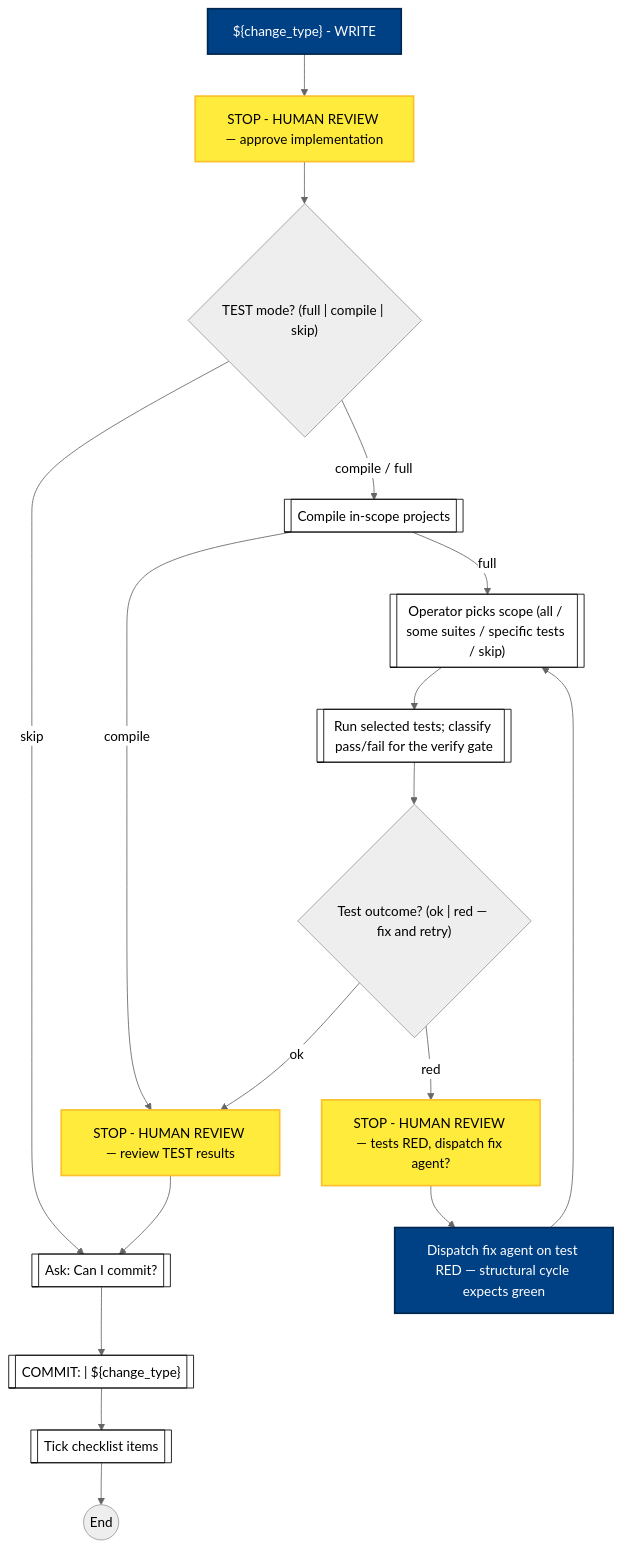
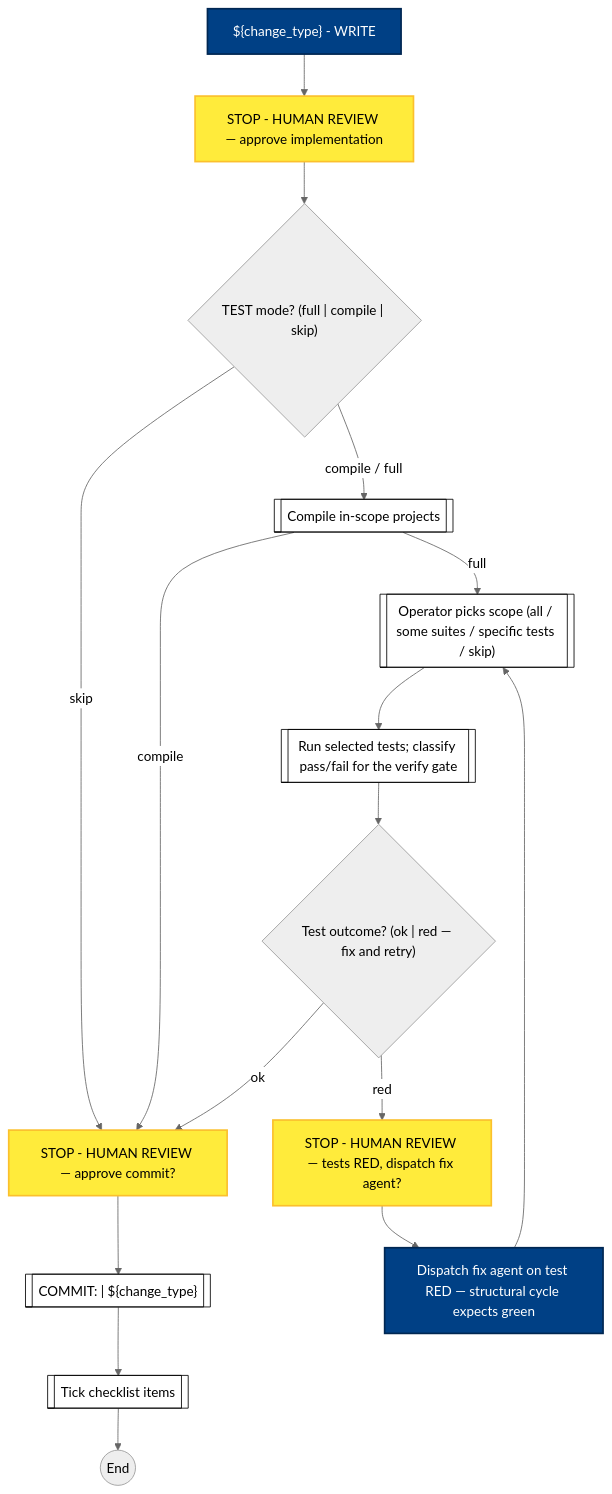
The ninth of 14 diagrams in docs/process-diagram.md (optivem/gh-optivem), drawn with Mermaid (neutral theme) before and after one commit. The commit also changed 7 other files, not shown here.

Commit message:
atdd: drop redundant STOP_STRUCT_TEST; rename ASK_COMMIT to APPROVE_COMMIT user-task STOP — single pre-commit gate in structural_cycle

````diff
--- a/docs/process-diagram.md
+++ b/docs/process-diagram.md
@@ -243,43 +243,41 @@
 ```mermaid
 flowchart TD
+    APPROVE_COMMIT[STOP - HUMAN REVIEW — approve commit?]
     APPROVE_STRUCTURAL_CHANGE[STOP - HUMAN REVIEW — approve implementation]
-    ASK_COMMIT[[Ask: Can I commit?]]
     CHOOSE_TESTS[["Operator picks scope (all / some suites / specific tests / skip)"]]
     COMMIT_STRUCT[["COMMIT: <Ticket> | ${change_type}"]]
     COMPILE[[Compile in-scope projects]]
     FIX_STRUCT_VERIFY[Dispatch fix agent on test RED — structural cycle expects green]
     GATE_STRUCT_VERIFY{"Test outcome? (ok | red — fix and retry)"}
     GATE_TEST_MODE{"TEST mode? (full | compile | skip)"}
     IMPLEMENT_STRUCTURAL_CHANGE["${change_type} - WRITE"]
     RUN_TESTS[["Run selected tests; classify pass/fail for the verify gate"]]
-    STOP_STRUCT_TEST[STOP - HUMAN REVIEW — review TEST results]
     STOP_STRUCT_VERIFY_REVIEW[STOP - HUMAN REVIEW — tests RED, dispatch fix agent?]
     STRUCT_END((End))
     TICK_CHECKLIST[[Tick checklist items]]
 
     IMPLEMENT_STRUCTURAL_CHANGE --> APPROVE_STRUCTURAL_CHANGE
     APPROVE_STRUCTURAL_CHANGE --> GATE_TEST_MODE
-    GATE_TEST_MODE -- skip --> ASK_COMMIT
+    GATE_TEST_MODE -- skip --> APPROVE_COMMIT
     GATE_TEST_MODE -- compile / full --> COMPILE
     COMPILE -- full --> CHOOSE_TESTS
-    COMPILE -- compile --> STOP_STRUCT_TEST
+    COMPILE -- compile --> APPROVE_COMMIT
     CHOOSE_TESTS --> RUN_TESTS
     RUN_TESTS --> GATE_STRUCT_VERIFY
-    GATE_STRUCT_VERIFY -- ok --> STOP_STRUCT_TEST
+    GATE_STRUCT_VERIFY -- ok --> APPROVE_COMMIT
     GATE_STRUCT_VERIFY -- red --> STOP_STRUCT_VERIFY_REVIEW
     STOP_STRUCT_VERIFY_REVIEW --> FIX_STRUCT_VERIFY
     FIX_STRUCT_VERIFY --> CHOOSE_TESTS
-    STOP_STRUCT_TEST --> ASK_COMMIT
-    ASK_COMMIT --> COMMIT_STRUCT
+    APPROVE_COMMIT --> COMMIT_STRUCT
     COMMIT_STRUCT --> TICK_CHECKLIST
     TICK_CHECKLIST --> STRUCT_END
 
     classDef serviceNode fill:#ffffff,stroke:#000000,stroke-width:1px,color:#000000
-    class ASK_COMMIT,CHOOSE_TESTS,COMMIT_STRUCT,COMPILE,RUN_TESTS,TICK_CHECKLIST serviceNode
+    class CHOOSE_TESTS,COMMIT_STRUCT,COMPILE,RUN_TESTS,TICK_CHECKLIST serviceNode
 
     classDef agentNode fill:#004085,stroke:#002752,stroke-width:2px,color:#ffffff
     class FIX_STRUCT_VERIFY,IMPLEMENT_STRUCTURAL_CHANGE agentNode
 
     classDef humanNode fill:#ffeb3b,stroke:#fbc02d,stroke-width:2px,color:#000000
-    class APPROVE_STRUCTURAL_CHANGE,STOP_STRUCT_TEST,STOP_STRUCT_VERIFY_REVIEW humanNode
+    class APPROVE_COMMIT,APPROVE_STRUCTURAL_CHANGE,STOP_STRUCT_VERIFY_REVIEW humanNode
 ```
````
